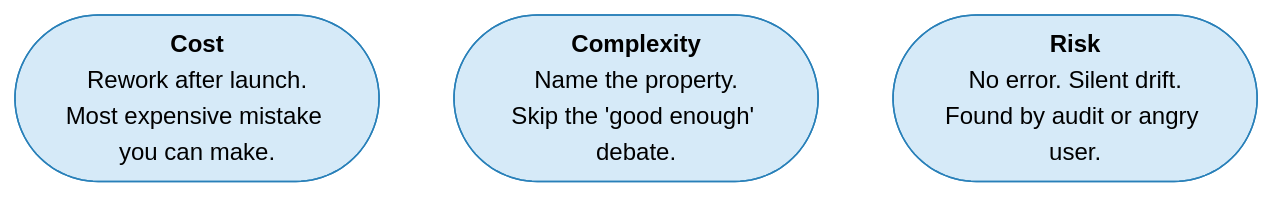
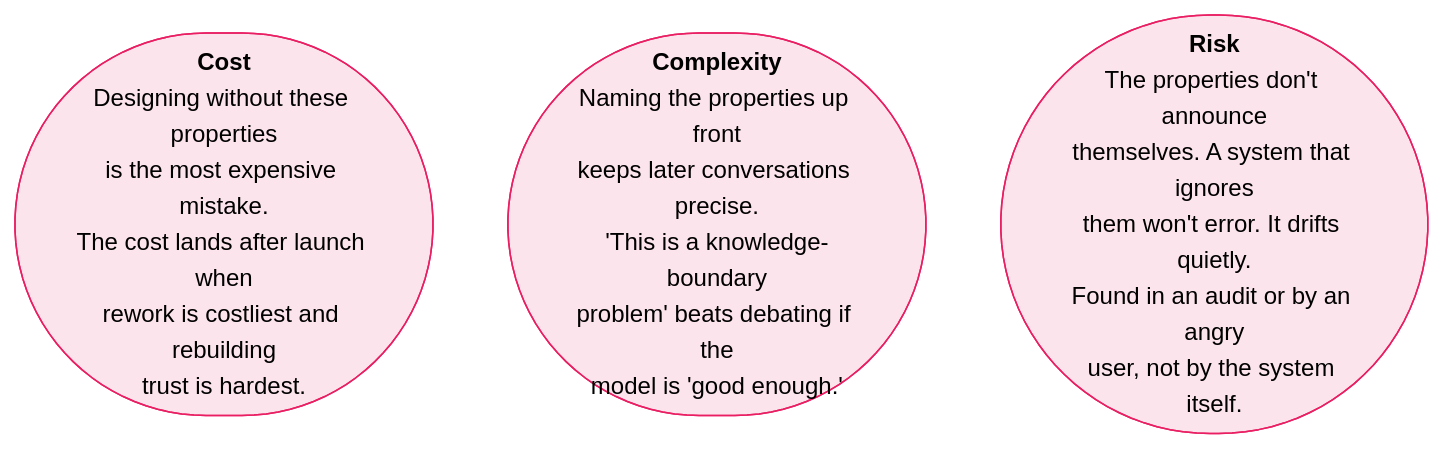
Before and after one commit to shreyabaid007/Claude-Certified-Architect: the seventh of 8 diagrams in Professional/01-Claude-Platform-and-Solution-Design/01-How-Claude-Behaves.md, drawn with Mermaid. The commit also changed 1 other file, not shown here.

Commit message:
Restore full Cost/Complexity/Risk content with pink horizontal cards
Full original content restored in pink pill-shaped cards arranged
horizontally via flowchart LR. Pink color makes these sections
visually distinct from yellow concepts and green actions.

````diff
--- a/Professional/01-Claude-Platform-and-Solution-Design/01-How-Claude-Behaves.md
+++ b/Professional/01-Claude-Platform-and-Solution-Design/01-How-Claude-Behaves.md
@@ -138,10 +138,10 @@
 ```mermaid
 flowchart LR
-    classDef risk fill:#d6eaf8,stroke:#2980b9,color:#000
+    classDef risk fill:#fce4ec,stroke:#e91e63,color:#000
 
-    C(["<b>Cost</b><br/>Rework after launch.<br/>Most expensive mistake you can make."]):::risk
-    X(["<b>Complexity</b><br/>Name the property.<br/>Skip the 'good enough' debate."]):::risk
-    R(["<b>Risk</b><br/>No error. Silent drift.<br/>Found by audit or angry user."]):::risk
+    C(["<b>Cost</b><br/>Designing without these properties<br/>is the most expensive mistake.<br/>The cost lands after launch when<br/>rework is costliest and rebuilding<br/>trust is hardest."]):::risk
+    X(["<b>Complexity</b><br/>Naming the properties up front<br/>keeps later conversations precise.<br/>'This is a knowledge-boundary<br/>problem' beats debating if the<br/>model is 'good enough.'"]):::risk
+    R(["<b>Risk</b><br/>The properties don't announce<br/>themselves. A system that ignores<br/>them won't error. It drifts quietly.<br/>Found in an audit or by an angry<br/>user, not by the system itself."]):::risk
 
     C ~~~ X ~~~ R
 ```
````
